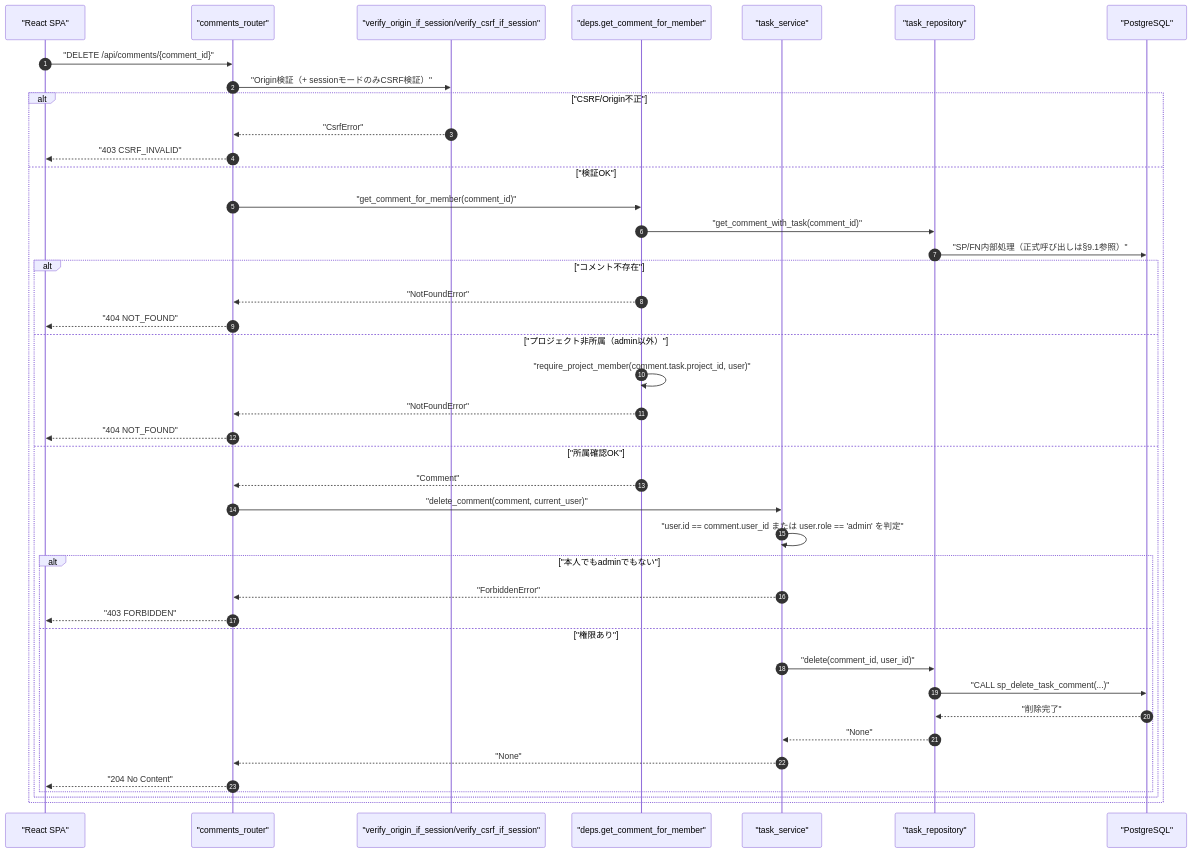
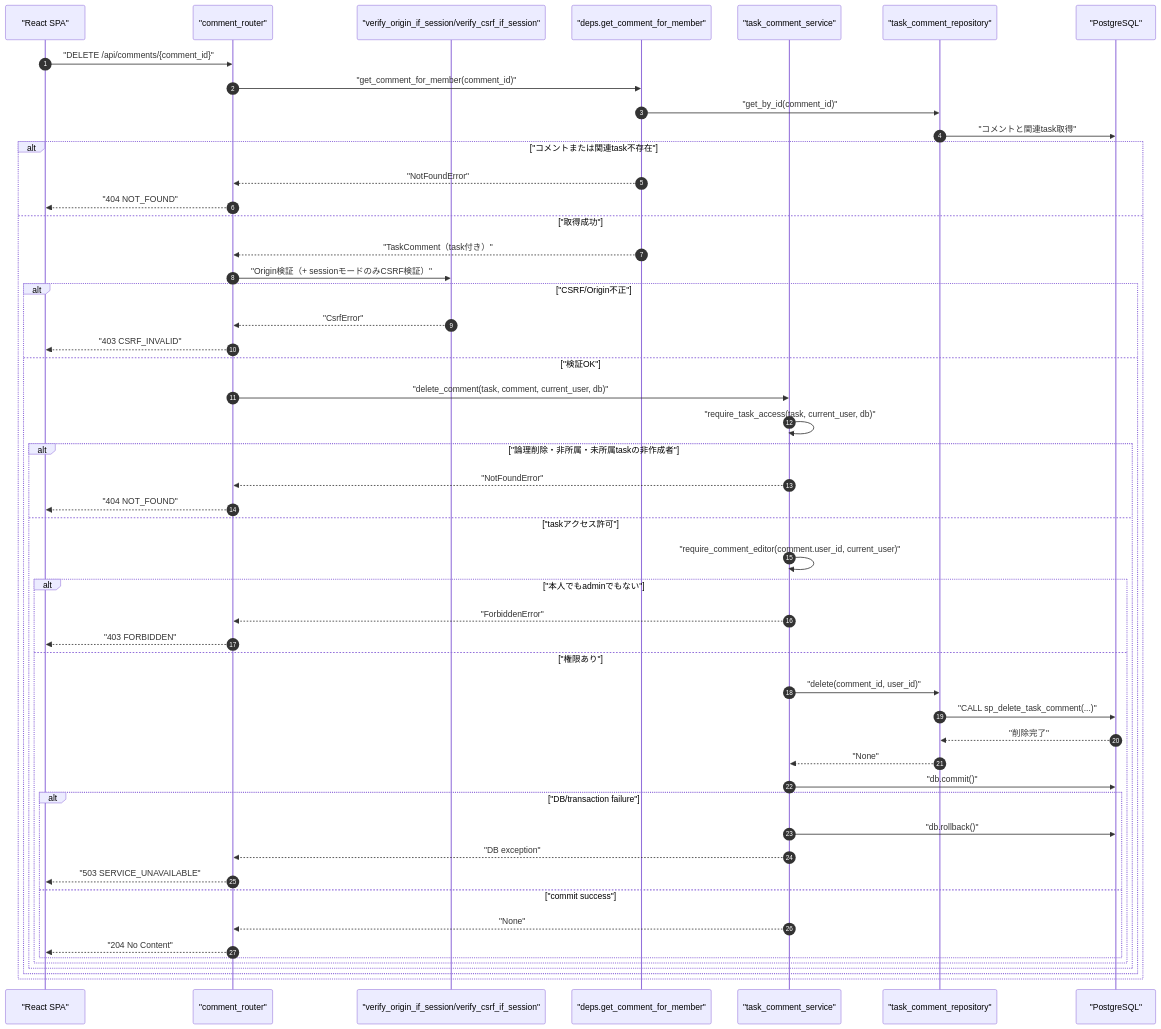
One commit to oikawa-d/task_management changed the first of 4 diagrams in docs/detailed_design/api/tasks/09_delete_comment.md. Above: the diagram before and after it, drawn with Mermaid. The commit also changed other lines of this file and 9 other files, not shown here.

````diff
--- a/docs/detailed_design/api/tasks/09_delete_comment.md
+++ b/docs/detailed_design/api/tasks/09_delete_comment.md
@@ -66,45 +66,54 @@
 ```mermaid
 sequenceDiagram
     autonumber
     participant FE as "React SPA"
-    participant R as "comments_router"
+    participant R as "comment_router"
     participant V as "verify_origin_if_session/verify_csrf_if_session"
     participant D as "deps.get_comment_for_member"
-    participant S as "task_service"
-    participant TR as "task_repository"
+    participant S as "task_comment_service"
+    participant TR as "task_comment_repository"
     participant PG as "PostgreSQL"
 
     FE->>R: "DELETE /api/comments/{comment_id}"
-    R->>V: "Origin検証（+ sessionモードのみCSRF検証）"
-    alt "CSRF/Origin不正"
-        V-->>R: "CsrfError"
-        R-->>FE: "403 CSRF_INVALID"
-    else "検証OK"
-        R->>D: "get_comment_for_member(comment_id)"
-        D->>TR: "get_comment_with_task(comment_id)"
-        TR->>PG: "SP/FN内部処理（正式呼び出しは§9.1参照）"
-        alt "コメント不存在"
-            D-->>R: "NotFoundError"
-            R-->>FE: "404 NOT_FOUND"
-        else "プロジェクト非所属（admin以外）"
-            D->>D: "require_project_member(comment.task.project_id, user)"
-            D-->>R: "NotFoundError"
-            R-->>FE: "404 NOT_FOUND"
-        else "所属確認OK"
-            D-->>R: "Comment"
-            R->>S: "delete_comment(comment, current_user)"
-            S->>S: "user.id == comment.user_id または user.role == 'admin' を判定"
-            alt "本人でもadminでもない"
-                S-->>R: "ForbiddenError"
-                R-->>FE: "403 FORBIDDEN"
-            else "権限あり"
-                S->>TR: "delete(comment_id, user_id)"
-                TR->>PG: "CALL sp_delete_task_comment(...)"
-                PG-->>TR: "削除完了"
-                TR-->>S: "None"
-                S-->>R: "None"
-                R-->>FE: "204 No Content"
+    R->>D: "get_comment_for_member(comment_id)"
+    D->>TR: "get_by_id(comment_id)"
+    TR->>PG: "コメントと関連task取得"
+    alt "コメントまたは関連task不存在"
+        D-->>R: "NotFoundError"
+        R-->>FE: "404 NOT_FOUND"
+    else "取得成功"
+        D-->>R: "TaskComment（task付き）"
+        R->>V: "Origin検証（+ sessionモードのみCSRF検証）"
+        alt "CSRF/Origin不正"
+            V-->>R: "CsrfError"
+            R-->>FE: "403 CSRF_INVALID"
+        else "検証OK"
+            R->>S: "delete_comment(task, comment, current_user, db)"
+            S->>S: "require_task_access(task, current_user, db)"
+            alt "論理削除・非所属・未所属taskの非作成者"
+                S-->>R: "NotFoundError"
+                R-->>FE: "404 NOT_FOUND"
+            else "taskアクセス許可"
+                S->>S: "require_comment_editor(comment.user_id, current_user)"
+                alt "本人でもadminでもない"
+                    S-->>R: "ForbiddenError"
+                    R-->>FE: "403 FORBIDDEN"
+                else "権限あり"
+                    S->>TR: "delete(comment_id, user_id)"
+                    TR->>PG: "CALL sp_delete_task_comment(...)"
+                    PG-->>TR: "削除完了"
+                    TR-->>S: "None"
+                    S->>PG: "db.commit()"
+                    alt "DB/transaction failure"
+                        S->>PG: "db.rollback()"
+                        S-->>R: "DB exception"
+                        R-->>FE: "503 SERVICE_UNAVAILABLE"
+                    else "commit success"
+                        S-->>R: "None"
+                        R-->>FE: "204 No Content"
+                    end
+                end
             end
         end
     end
 ```
````
